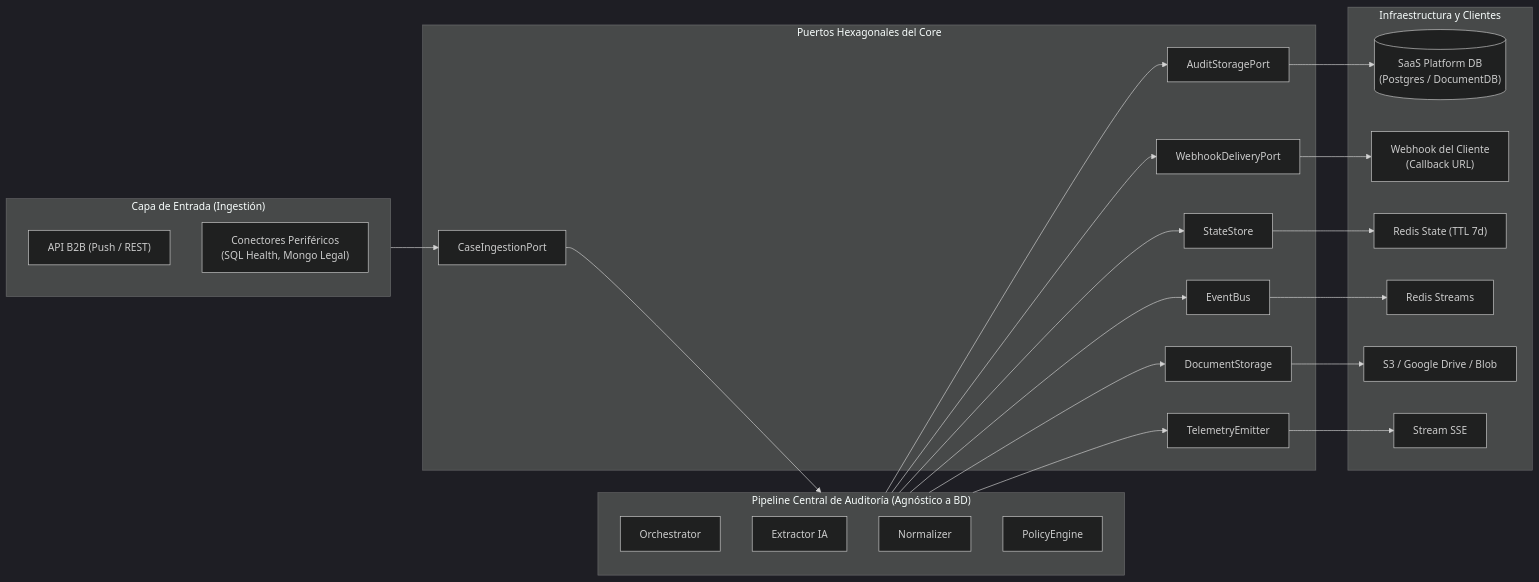
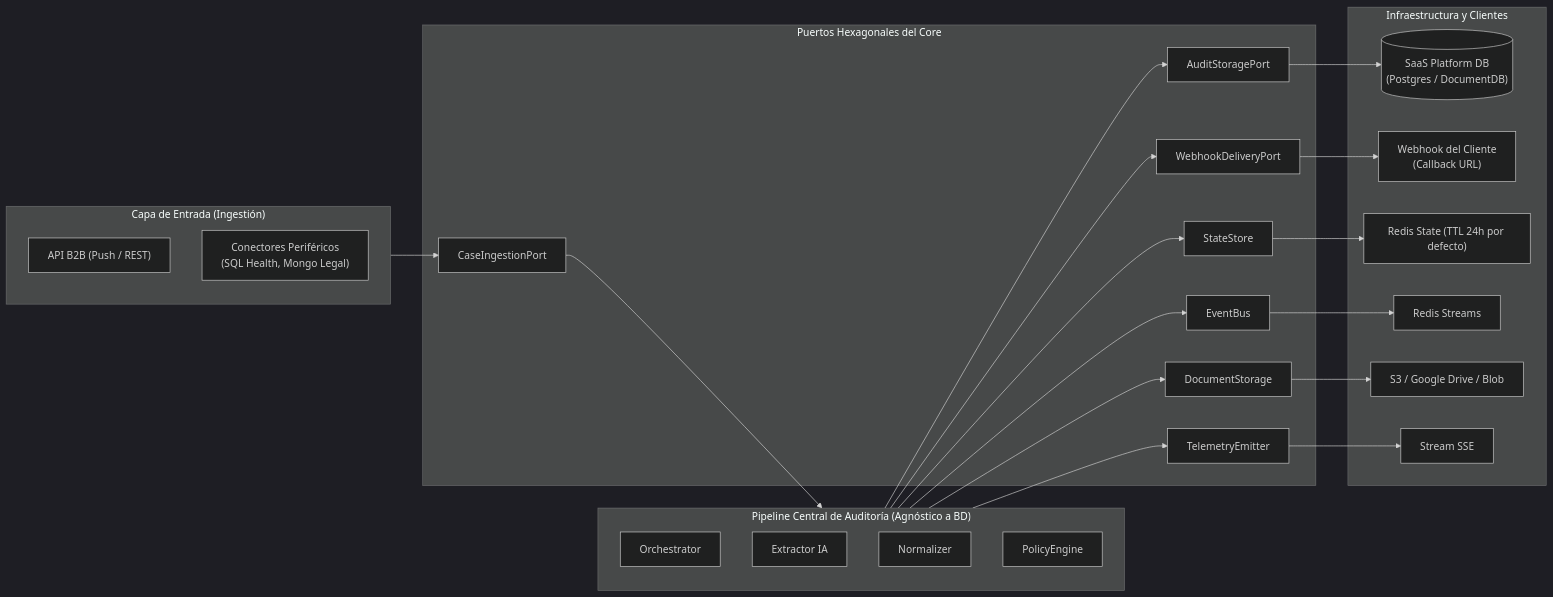
The first of 2 diagrams in opt/DOC-04-SPEC-PORTS-AND-ADAPTERS.md (jfrem/AudFact), drawn with Mermaid (dark theme) before and after one commit. The commit also changed other lines of this file and 7 other files, not shown here.

````diff
--- a/opt/DOC-04-SPEC-PORTS-AND-ADAPTERS.md
+++ b/opt/DOC-04-SPEC-PORTS-AND-ADAPTERS.md
@@ -98,54 +99,54 @@
 ```mermaid
 flowchart LR
     subgraph Ingestion["Capa de Entrada (Ingestión)"]
         API_B2B["API B2B (Push / REST)"]
         CONNECTOR["Conectores Periféricos<br/>(SQL Health, Mongo Legal)"]
     end
 
     subgraph Core["Pipeline Central de Auditoría (Agnóstico a BD)"]
         ORCH["Orchestrator"]
         EXT["Extractor IA"]
         NORM["Normalizer"]
         RULES["PolicyEngine"]
     end
 
     subgraph Ports["Puertos Hexagonales del Core"]
         P_ING["CaseIngestionPort"]
         P_STOR["AuditStoragePort"]
         P_WH["WebhookDeliveryPort"]
         P_STATE["StateStore"]
         P_EVT["EventBus"]
         P_DOC["DocumentStorage"]
         P_TEL["TelemetryEmitter"]
     end
 
     subgraph Infrastructure["Infraestructura y Clientes"]
         SAAS_DB[("SaaS Platform DB<br/>(Postgres / DocumentDB)")]
         CLIENT_WH["Webhook del Cliente<br/>(Callback URL)"]
-        REDIS_STATE["Redis State (TTL 7d)"]
+        REDIS_STATE["Redis State (TTL 24h por defecto)"]
         REDIS_STREAMS["Redis Streams"]
         STORAGE_BIN["S3 / Google Drive / Blob"]
         SSE["Stream SSE"]
     end
 
     Ingestion --> P_ING
     P_ING --> Core
 
     Core --> P_STOR
     P_STOR --> SAAS_DB
 
     Core --> P_WH
     P_WH --> CLIENT_WH
 
     Core --> P_STATE
     P_STATE --> REDIS_STATE
 
     Core --> P_EVT
     P_EVT --> REDIS_STREAMS
 
     Core --> P_DOC
     P_DOC --> STORAGE_BIN
 
     Core --> P_TEL
     P_TEL --> SSE
 ```
````
